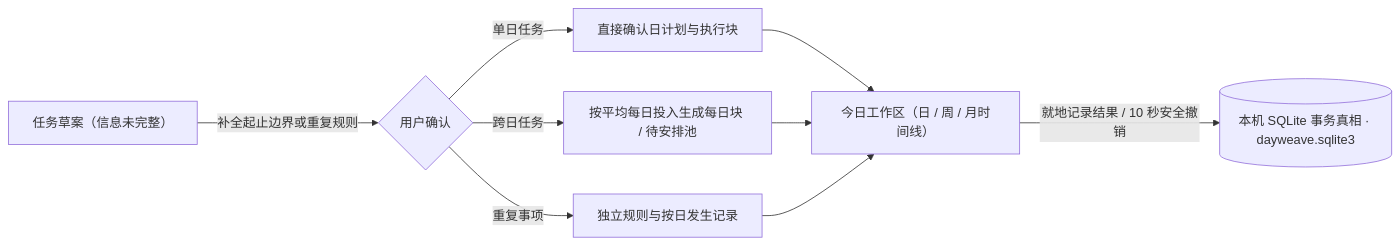
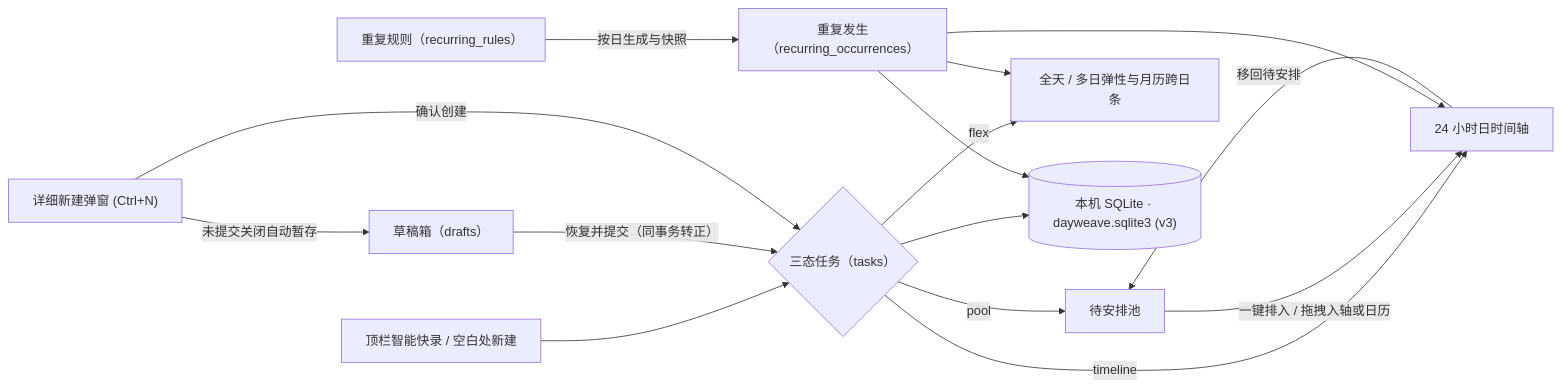
Before and after one commit to haoyz629/dayweave: the diagram in README.md, drawn with Mermaid. The commit also changed other lines of this file and 200 other files, not shown here.

````diff
--- a/README.md
+++ b/README.md
@@ -107,11 +112,17 @@
 ```mermaid
 flowchart LR
-  Draft["任务草案（信息未完整）"] -->|补全起止边界或重复规则| Confirm{"用户确认"}
-  Confirm -->|单日任务| Direct["直接确认日计划与执行块"]
-  Confirm -->|跨日任务| Split["按平均每日投入生成每日块 / 待安排池"]
-  Confirm -->|重复事项| Rule["独立规则与按日发生记录"]
-  Direct --> Timeline["今日工作区（日 / 周 / 月时间线）"]
-  Split --> Timeline
-  Rule --> Timeline
-  Timeline -->|就地记录结果 / 10 秒安全撤销| Store[("本机 SQLite 事务真相 · dayweave.sqlite3")]
+  Quick["顶栏智能快录 / 空白处新建"] --> Task{"三态任务（tasks）"}
+  Modal["详细新建弹窗 (Ctrl+N)"] -->|未提交关闭自动暂存| Draft["草稿箱（drafts）"]
+  Draft -->|恢复并提交（同事务转正）| Task
+  Modal -->|确认创建| Task
+  Task -->|pool| Pool["待安排池"]
+  Task -->|flex| Flex["全天 / 多日弹性与月历跨日条"]
+  Task -->|timeline| Timeline["24 小时日时间轴"]
+  Pool -->|一键排入 / 拖拽入轴或日历| Timeline
+  Timeline -->|移回待安排| Pool
+  Rule["重复规则（recurring_rules）"] -->|按日生成与快照| Occ["重复发生（recurring_occurrences）"]
+  Occ --> Timeline
+  Occ --> Flex
+  Task --> Store[("本机 SQLite · dayweave.sqlite3 (v3)")]
+  Occ --> Store
 ```
````
